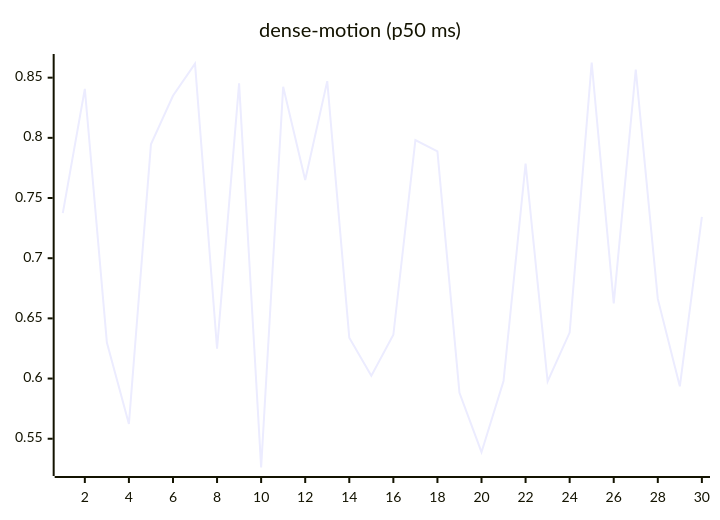
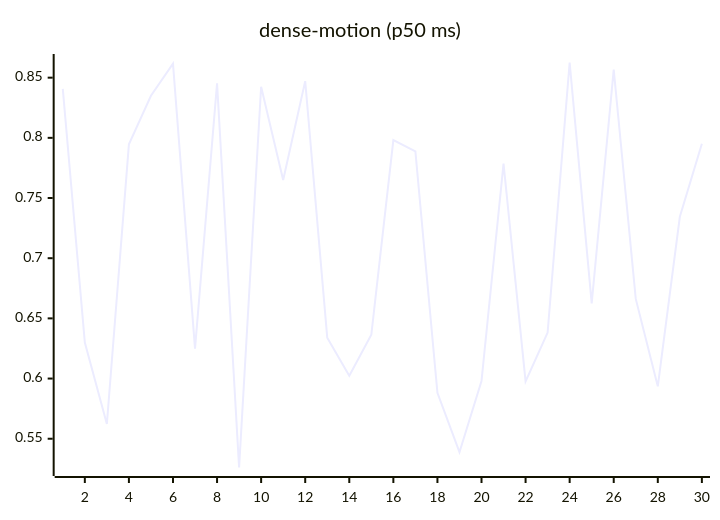
One commit to josha/Facet changed the ninth of 27 diagrams in README.md. Above: the diagram before and after it, drawn with Mermaid. The commit also changed other lines of this file and 2 other files, not shown here.

````diff
--- a/README.md
+++ b/README.md
@@ -119,6 +119,6 @@
 ```mermaid
 xychart-beta
     title "dense-motion (p50 ms)"
     x-axis 1 --> 30
-    line [0.7374, 0.8407, 0.6299, 0.5623, 0.7946, 0.8350, 0.8616, 0.6249, 0.8453, 0.5261, 0.8424, 0.7649, 0.8471, 0.6340, 0.6023, 0.6364, 0.7981, 0.7888, 0.5881, 0.5388, 0.5980, 0.7785, 0.5976, 0.6382, 0.8626, 0.6624, 0.8567, 0.6662, 0.5935, 0.7344]
+    line [0.8407, 0.6299, 0.5623, 0.7946, 0.8350, 0.8616, 0.6249, 0.8453, 0.5261, 0.8424, 0.7649, 0.8471, 0.6340, 0.6023, 0.6364, 0.7981, 0.7888, 0.5881, 0.5388, 0.5980, 0.7785, 0.5976, 0.6382, 0.8626, 0.6624, 0.8567, 0.6662, 0.5935, 0.7344, 0.7951]
 ```
````
